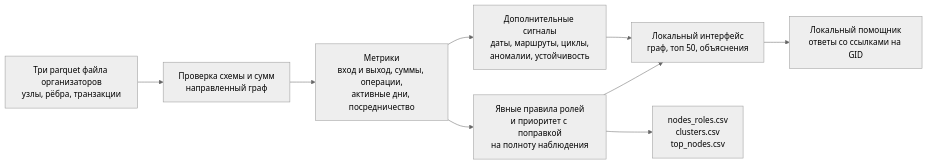
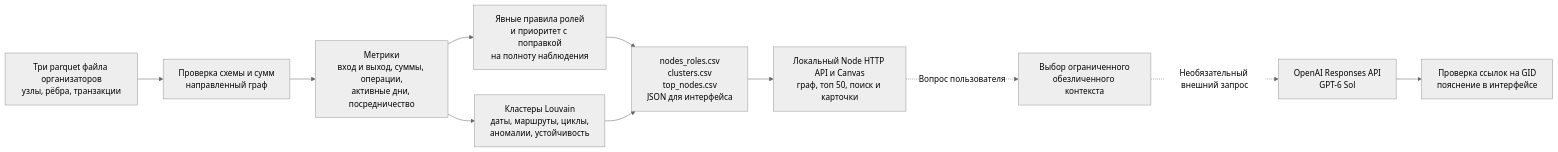
Before and after one commit to BAITC-Hacks/hack-d4a071e9-mydream: the diagram in SOLUTION.md, drawn with Mermaid (neutral theme). The commit also changed other lines of this file and 3 other files, not shown here.

````diff
--- a/SOLUTION.md
+++ b/SOLUTION.md
@@ -3,11 +3,13 @@
 ```mermaid
 flowchart LR
     A[Три parquet файла организаторов<br/>узлы, рёбра, транзакции] --> B[Проверка схемы и сумм<br/>направленный граф]
     B --> C[Метрики<br/>вход и выход, суммы, операции,<br/>активные дни, посредничество]
     C --> D[Явные правила ролей<br/>и приоритет с поправкой<br/>на полноту наблюдения]
-    C --> G[Дополнительные сигналы<br/>даты, маршруты, циклы,<br/>аномалии, устойчивость]
-    D --> E[Локальный интерфейс<br/>граф, топ 50, объяснения]
-    G --> E
-    E --> H[Локальный помощник<br/>ответы со ссылками на GID]
-    D --> F[nodes_roles.csv<br/>clusters.csv<br/>top_nodes.csv]
+    C --> G[Кластеры Louvain<br/>даты, маршруты, циклы,<br/>аномалии, устойчивость]
+    D --> F[nodes_roles.csv<br/>clusters.csv<br/>top_nodes.csv<br/>JSON для интерфейса]
+    G --> F
+    F --> E[Локальный Node HTTP API и Canvas<br/>граф, топ 50, поиск и карточки]
+    E -. Вопрос пользователя .-> H[Выбор ограниченного<br/>обезличенного контекста]
+    H -. Необязательный внешний запрос .-> I[OpenAI Responses API<br/>GPT-6 Sol]
+    I --> J[Проверка ссылок на GID<br/>пояснение в интерфейсе]
 ```
````
